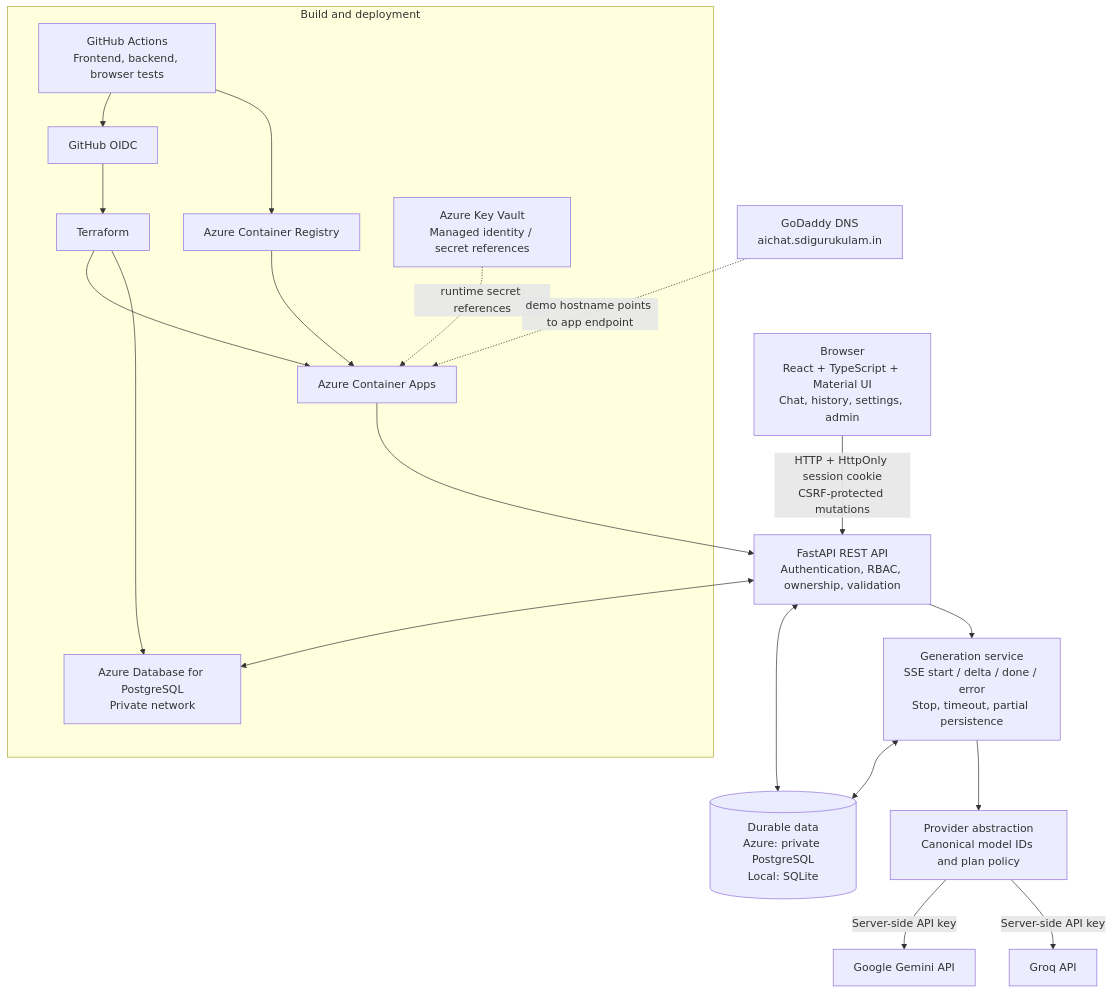
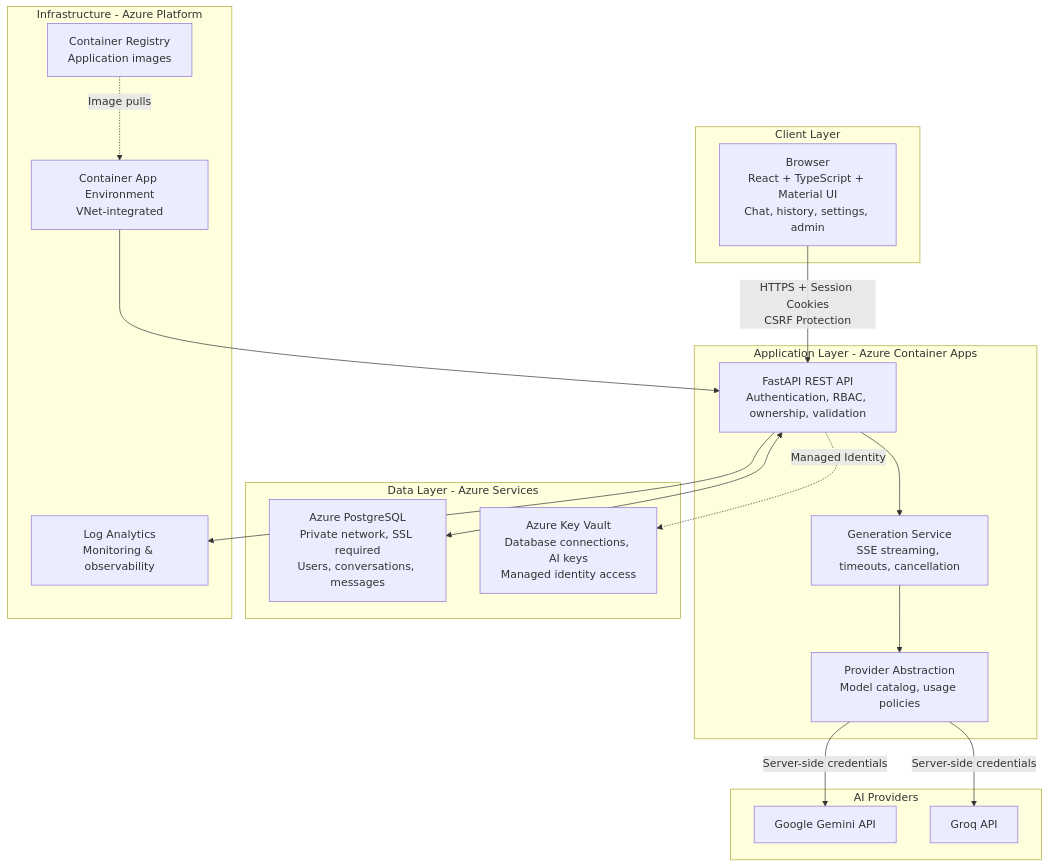
One commit to shivamvku/BY-chatgpt-Clone changed the diagram in docs/architecture.md. Above: the diagram before and after it, drawn with Mermaid. The commit also changed other lines of this file and 8 other files, not shown here.

First line of the commit message:
docs: Create comprehensive Azure architecture diagrams

````diff
--- a/docs/architecture.md
+++ b/docs/architecture.md
@@ -5,36 +18,40 @@
-~~~mermaid
-flowchart TB
-    Browser["Browser<br/>React + TypeScript + Material UI<br/>Chat, history, settings, admin"]
-    API["FastAPI REST API<br/>Authentication, RBAC, ownership, validation"]
-    Gen["Generation service<br/>SSE start / delta / done / error<br/>Stop, timeout, partial persistence"]
-    Provider["Provider abstraction<br/>Canonical model IDs and plan policy"]
-    DB[("Durable data<br/>Azure: private PostgreSQL<br/>Local: SQLite")]
-    Gemini["Google Gemini API"]
-    Groq["Groq API"]
-    Browser -->|"HTTP + HttpOnly session cookie<br/>CSRF-protected mutations"| API
+```mermaid
+graph TB
+    subgraph "Client Layer"
+        Browser["Browser<br/>React + TypeScript + Material UI<br/>Chat, history, settings, admin"]
+    end
+    
+    subgraph "Application Layer - Azure Container Apps"
+        API["FastAPI REST API<br/>Authentication, RBAC, ownership, validation"]
+        Gen["Generation Service<br/>SSE streaming, timeouts, cancellation"]
+        Provider["Provider Abstraction<br/>Model catalog, usage policies"]
+    end
+    
+    subgraph "Data Layer - Azure Services"
+        DB["Azure PostgreSQL<br/>Private network, SSL required<br/>Users, conversations, messages"]
+        KV["Azure Key Vault<br/>Database connections, AI keys<br/>Managed identity access"]
+    end
+    
+    subgraph "AI Providers"
+        Gemini["Google Gemini API"]
+        Groq["Groq API"]
+    end
+    
+    subgraph "Infrastructure - Azure Platform"
+        ACR["Container Registry<br/>Application images"]
+        CAE["Container App Environment<br/>VNet-integrated"]
+        LOG["Log Analytics<br/>Monitoring & observability"]
+    end
+    
+    Browser -->|"HTTPS + Session Cookies<br/>CSRF Protection"| API
     API <--> DB
     API --> Gen
-    Gen <--> DB
     Gen --> Provider
-    Provider -->|"Server-side API key"| Gemini
-    Provider -->|"Server-side API key"| Groq
-
-    subgraph Delivery["Build and deployment"]
-      Actions["GitHub Actions<br/>Frontend, backend, browser tests"]
-      OIDC["GitHub OIDC"]
-      Terraform["Terraform"]
-      ACR["Azure Container Registry"]
-      ACA["Azure Container Apps"]
-      PG["Azure Database for PostgreSQL<br/>Private network"]
-      KV["Azure Key Vault<br/>Managed identity / secret references"]
-      Actions --> OIDC --> Terraform
-      Actions --> ACR --> ACA
-      Terraform --> ACA
-      Terraform --> PG
-      KV -. "runtime secret references" .-> ACA
-    end
-    ACA --> API
-    API <--> PG
-    DNS["GoDaddy DNS<br/>aichat.sdigurukulam.in"]
-    DNS -. "demo hostname points to app endpoint" .-> ACA
-~~~
+    Provider -->|"Server-side credentials"| Gemini
+    Provider -->|"Server-side credentials"| Groq
+    
+    API -.->|"Managed Identity"| KV
+    CAE --> API
+    API --> LOG
+    ACR -.->|"Image pulls"| CAE
+```
````
